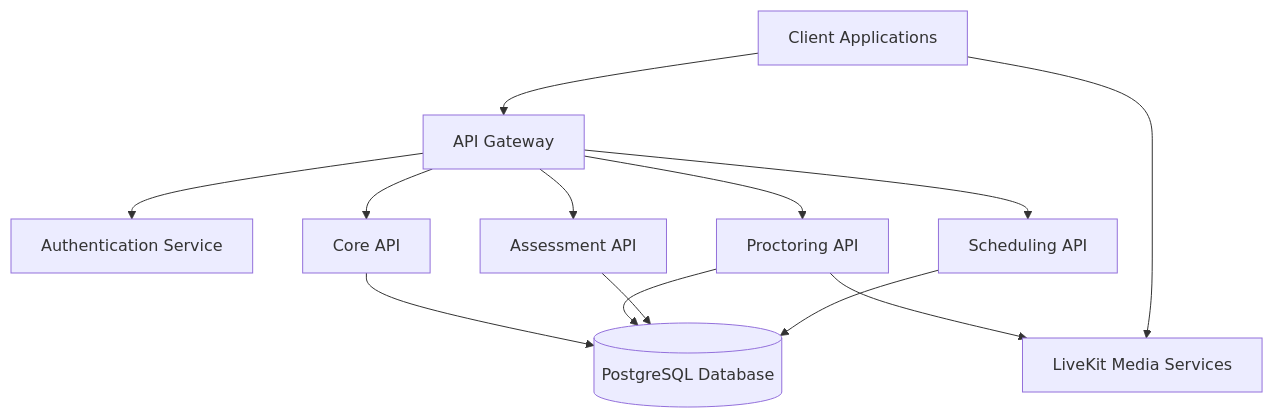
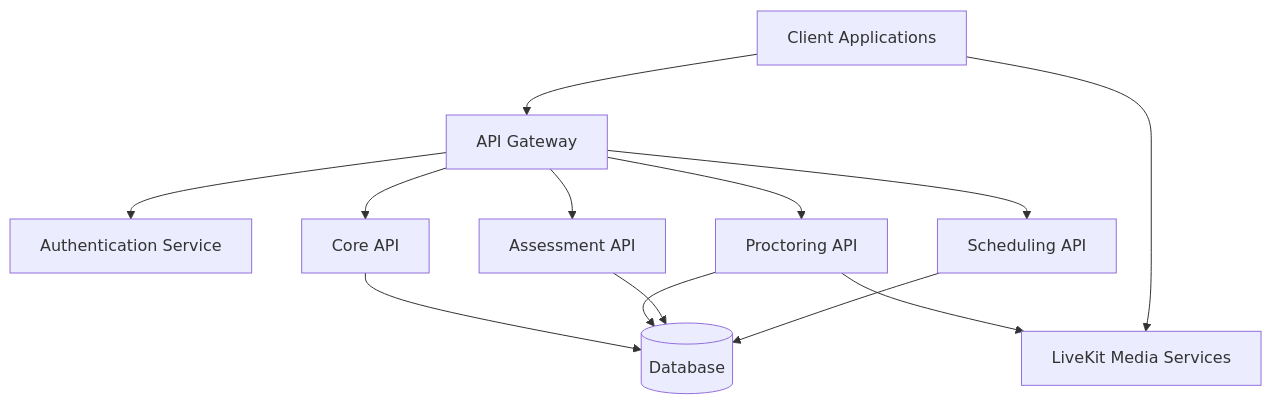
Before and after one commit to SmarterServices/Platform-Documenation: the diagram in platform/architecture.mdx, drawn with Mermaid. The commit also changed other lines of this file and 7 other files, not shown here.

````diff
--- a/platform/architecture.mdx
+++ b/platform/architecture.mdx
@@ -9,17 +9,17 @@
 ```mermaid
 graph TD
     Client[Client Applications] --> API[API Gateway]
     API --> Auth[Authentication Service]
     API --> Core[Core API]
     API --> Proctor[Proctoring API]
     API --> Assess[Assessment API]
     API --> Schedule[Scheduling API]
 
-    Core --> DB[(PostgreSQL Database)]
+    Core --> DB[(Database)]
     Proctor --> DB
     Assess --> DB
     Schedule --> DB
 
     Proctor --> Media[LiveKit Media Services]
     Client --> Media
 ```
````
